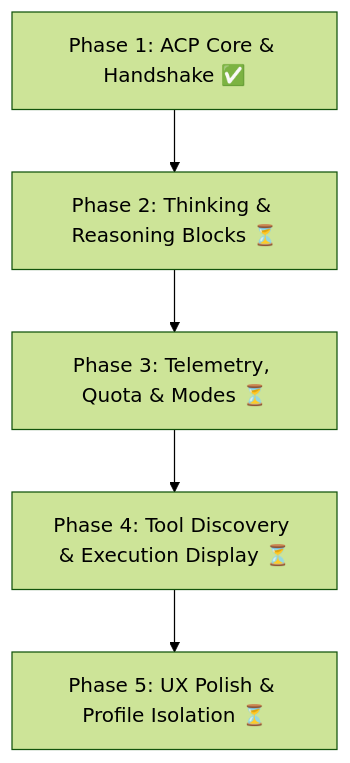
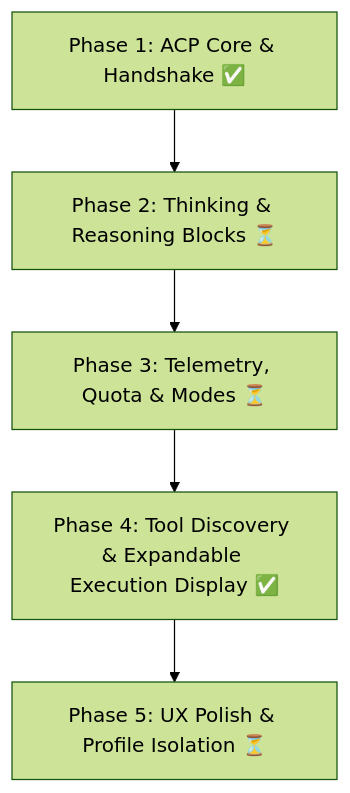
Before and after one commit to kabirajpan/zenthree: the diagram in docs/external_agent/antigravity.md, drawn with Mermaid (forest theme). The commit also changed other lines of this file and 10 other files, not shown here.

````diff
--- a/docs/external_agent/antigravity.md
+++ b/docs/external_agent/antigravity.md
@@ -13,7 +13,7 @@
 ```mermaid
 graph TD
     A[Phase 1: ACP Core & Handshake ✅] --> B[Phase 2: Thinking & Reasoning Blocks ⏳]
     B --> C[Phase 3: Telemetry, Quota & Modes ⏳]
-    C --> D[Phase 4: Tool Discovery & Execution Display ⏳]
+    C --> D[Phase 4: Tool Discovery & Expandable Execution Display ✅]
     D --> E[Phase 5: UX Polish & Profile Isolation ⏳]
 ```
````
